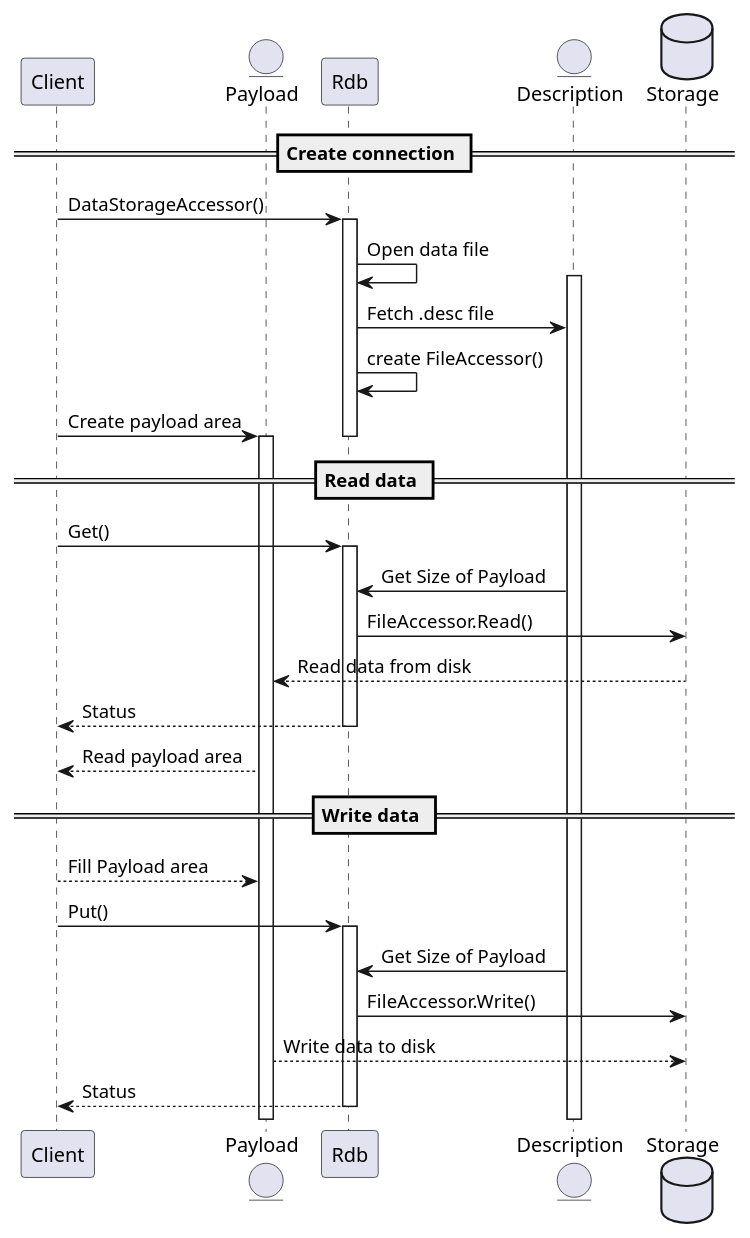
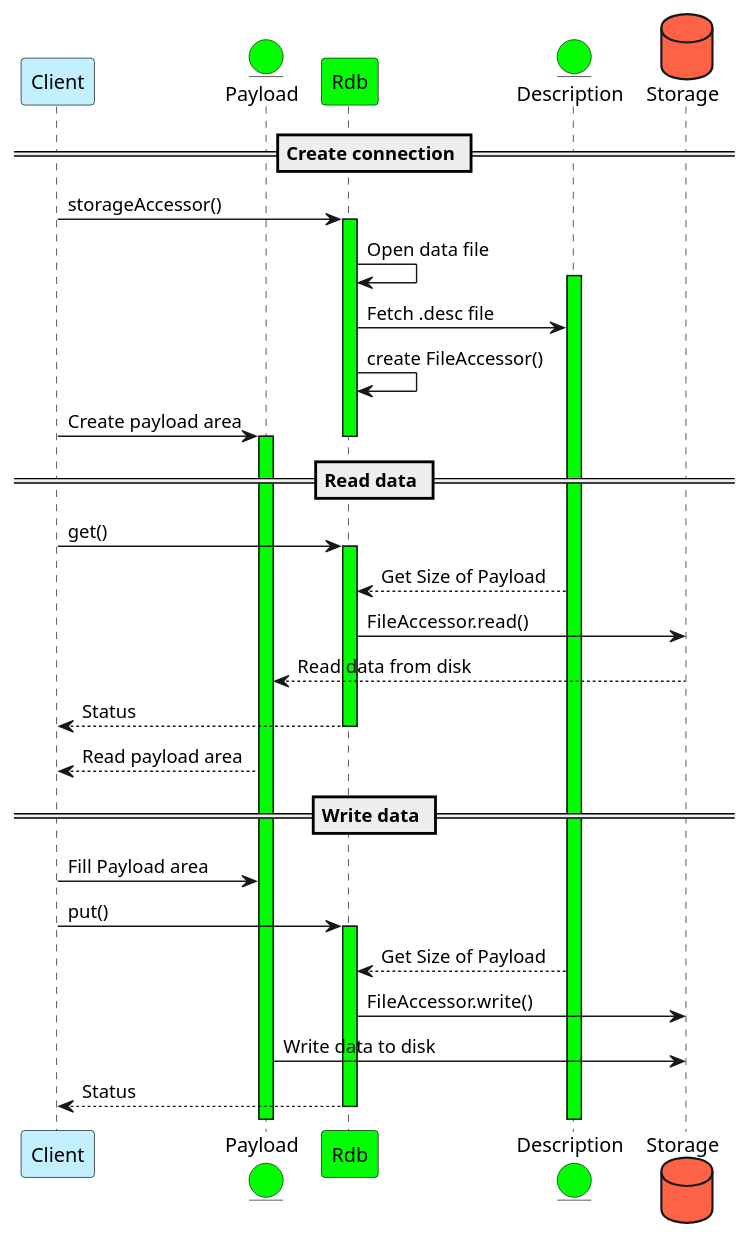
One commit to michalwidera/retractordb changed the diagram in src/rdb/UML/rdb-comunication.puml. Above: the diagram before and after it, drawn with PlantUML. The commit also changed 76 other files, not shown here.

```diff
--- a/src/rdb/UML/rdb-comunication.puml
+++ b/src/rdb/UML/rdb-comunication.puml
@@ -1,45 +1,44 @@
 @startuml
 
-
-participant  Client
-Entity       Payload
-participant  Rdb
-Entity       Description
-database     Storage
+participant  Client #Application
+Entity       Payload #Lime
+participant  Rdb #Lime
+Entity       Description #Lime
+database     Storage #Tomato
 
 == Create connection ==
 
-Client -> Rdb : DataStorageAccessor()
-Activate Rdb
+Client -> Rdb : storageAccessor() 
+Activate Rdb #Lime
 Rdb -> Rdb: Open data file
-Activate Description
+Activate Description #Lime
 Rdb -> Description : Fetch .desc file
 Rdb -> Rdb : create FileAccessor()
 Client -> Payload: Create payload area
 deactivate Rdb
-Activate Payload
+Activate Payload #Lime
 
 == Read data ==
 
-Client -> Rdb : Get()
-Activate Rdb
-Description -> Rdb : Get Size of Payload
-Rdb -> Storage : FileAccessor.Read()
+Client -> Rdb : get()
+Activate Rdb #Lime
+Description --> Rdb : Get Size of Payload
+Rdb -> Storage : FileAccessor.read()
 Storage --> Payload : Read data from disk
 Rdb --> Client : Status
 deactivate Rdb
 Payload --> Client : Read payload area
 
 
 == Write data ==
 
-Client --> Payload: Fill Payload area
-Client -> Rdb: Put()
-Activate Rdb
-Description -> Rdb : Get Size of Payload
-Rdb -> Storage : FileAccessor.Write()
-Payload --> Storage: Write data to disk
+Client -> Payload: Fill Payload area
+Client -> Rdb: put()
+Activate Rdb #Lime
+Description --> Rdb : Get Size of Payload
+Rdb -> Storage : FileAccessor.write()
+Payload -> Storage: Write data to disk
 Rdb --> Client : Status
 deactivate Rdb
 
 @enduml
```
